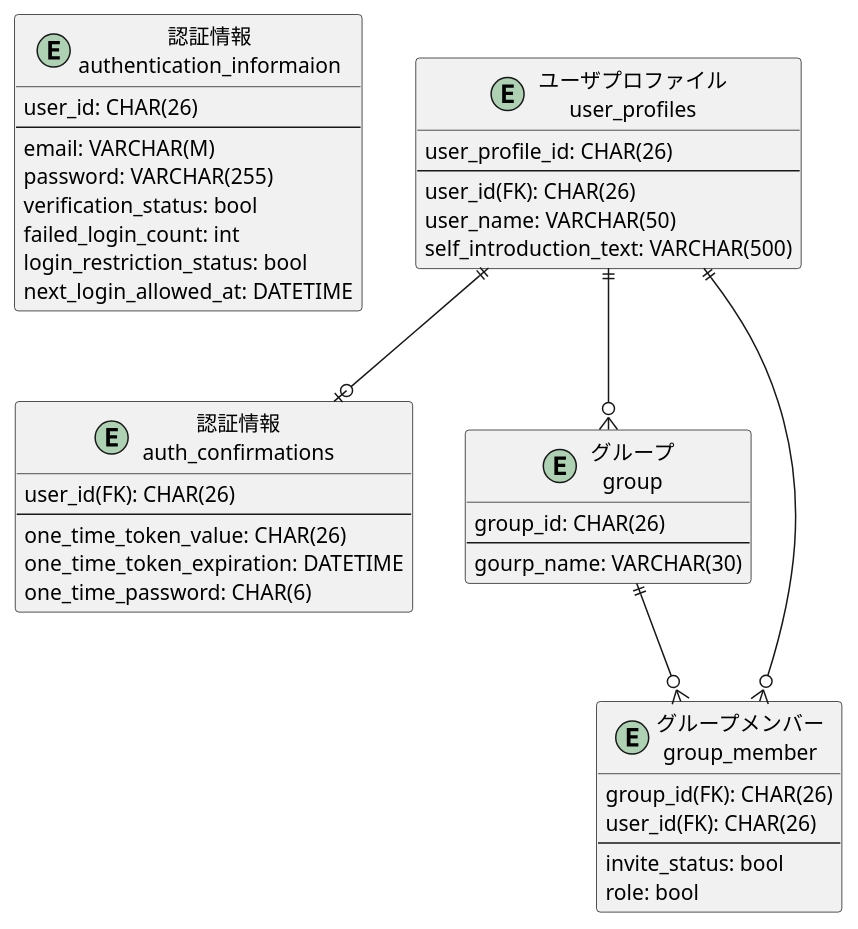
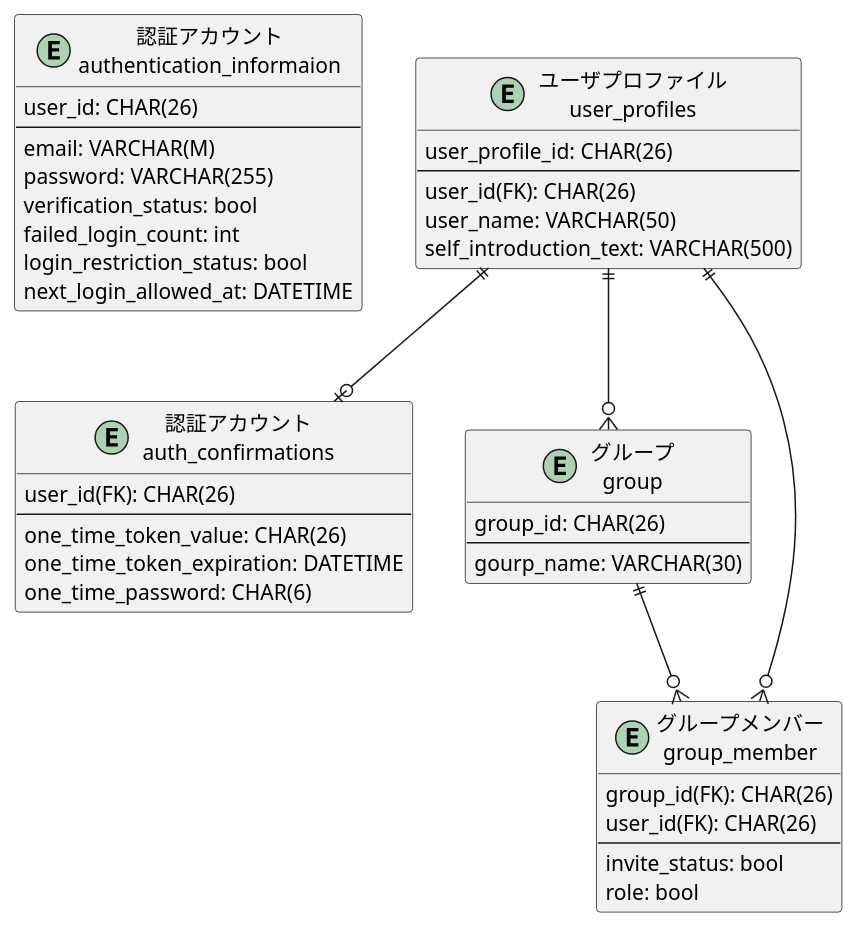
Before and after one commit to h-maki2/identityAccess: the diagram in modelingDiagram/ERDiagram/identityManagement.pu, drawn with PlantUML. The commit also changed 23 other files, not shown here.

```diff
--- a/modelingDiagram/ERDiagram/identityManagement.pu
+++ b/modelingDiagram/ERDiagram/identityManagement.pu
@@ -1,49 +1,49 @@
 @startuml identityManagement
 
-entity "認証情報\nauthentication_informaion" as authentication_informaion {
+entity "認証アカウント\nauthentication_informaion" as authentication_informaion {
     user_id: CHAR(26)
     --
     email: VARCHAR(M)
     password: VARCHAR(255)
     verification_status: bool
     failed_login_count: int
     login_restriction_status: bool
     next_login_allowed_at: DATETIME
 }
 
-entity "認証情報\nauth_confirmations" as auth_confirmations {
+entity "認証アカウント\nauth_confirmations" as auth_confirmations {
     user_id(FK): CHAR(26)
     --
     one_time_token_value: CHAR(26)
     one_time_token_expiration: DATETIME
     one_time_password: CHAR(6)
 }
 
 entity "ユーザプロファイル\nuser_profiles" as user_profiles {
     user_profile_id: CHAR(26)
     --
     user_id(FK): CHAR(26)
     user_name: VARCHAR(50)
     self_introduction_text: VARCHAR(500)
 }
 
 entity "グループ\ngroup" as group {
     group_id: CHAR(26)
     --
     gourp_name: VARCHAR(30)
 }
 
 entity "グループメンバー\ngroup_member" as group_member {
     group_id(FK): CHAR(26)
     user_id(FK): CHAR(26)
     --
     invite_status: bool
     role: bool
 }
 
 user_profiles ||--o| auth_confirmations
 user_profiles ||--o{ group
 group ||--o{ group_member
 user_profiles ||--o{ group_member
 
 @enduml
```
